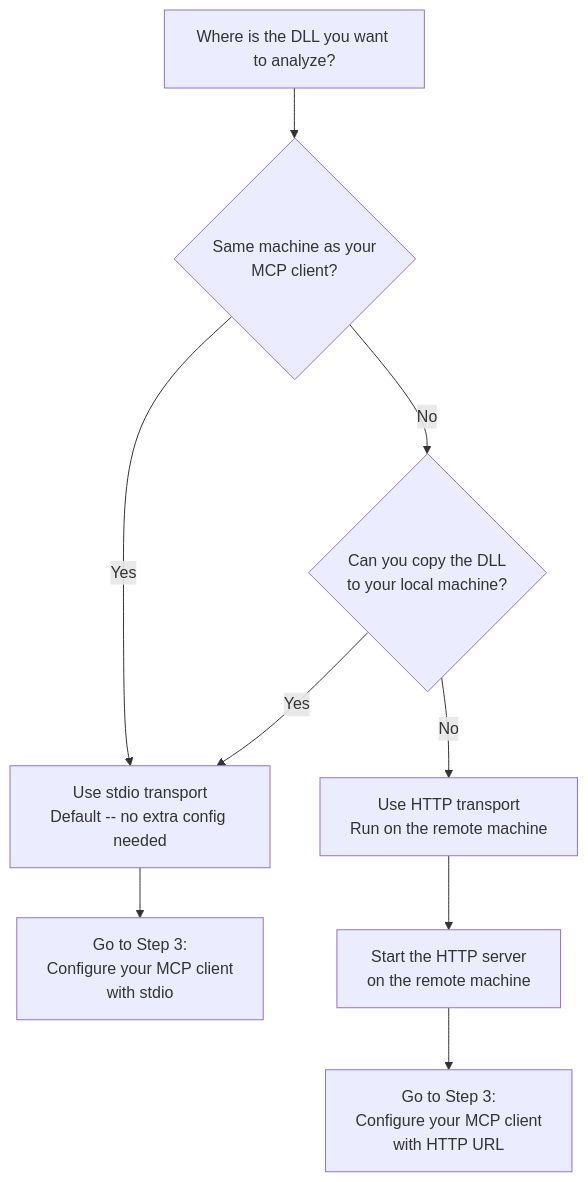
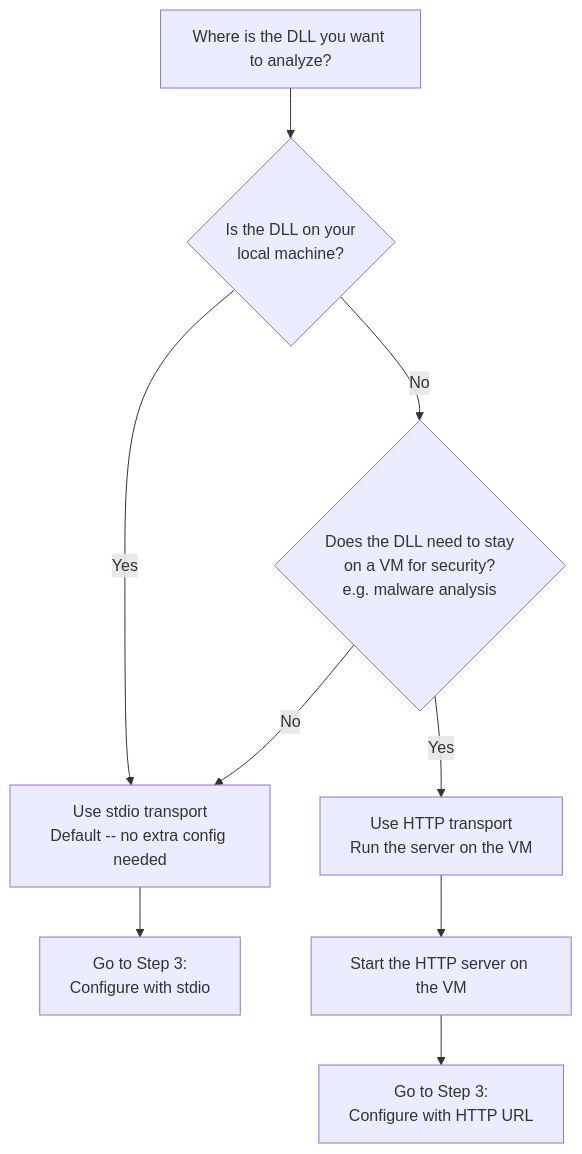
One commit to cervonwong/ILSpy-MCP changed the diagram in README.md. Above: the diagram before and after it, drawn with Mermaid.

Commit message:
Update Mermaid flowchart to focus on VM security consideration
Remove unnecessary "copy DLL" question and reframe the decision
around whether the DLL needs to stay on a VM for security (e.g.
malware analysis).

````diff
--- a/README.md
+++ b/README.md
@@ -123,11 +123,11 @@
 ```mermaid
 flowchart TD
-    A[Where is the DLL you want to analyze?] --> B{Same machine as your\nMCP client?}
+    A[Where is the DLL you want to analyze?] --> B{Is the DLL on your\nlocal machine?}
     B -->|Yes| C[Use stdio transport\nDefault -- no extra config needed]
-    B -->|No| D{Can you copy the DLL\nto your local machine?}
-    D -->|Yes| C
-    D -->|No| E[Use HTTP transport\nRun on the remote machine]
-    C --> F[Go to Step 3:\nConfigure your MCP client\nwith stdio]
-    E --> G[Start the HTTP server\non the remote machine]
-    G --> H[Go to Step 3:\nConfigure your MCP client\nwith HTTP URL]
+    B -->|No| D{Does the DLL need to stay\non a VM for security?\ne.g. malware analysis}
+    D -->|Yes| E[Use HTTP transport\nRun the server on the VM]
+    D -->|No| C
+    C --> F[Go to Step 3:\nConfigure with stdio]
+    E --> G[Start the HTTP server on the VM]
+    G --> H[Go to Step 3:\nConfigure with HTTP URL]
 ```
````
